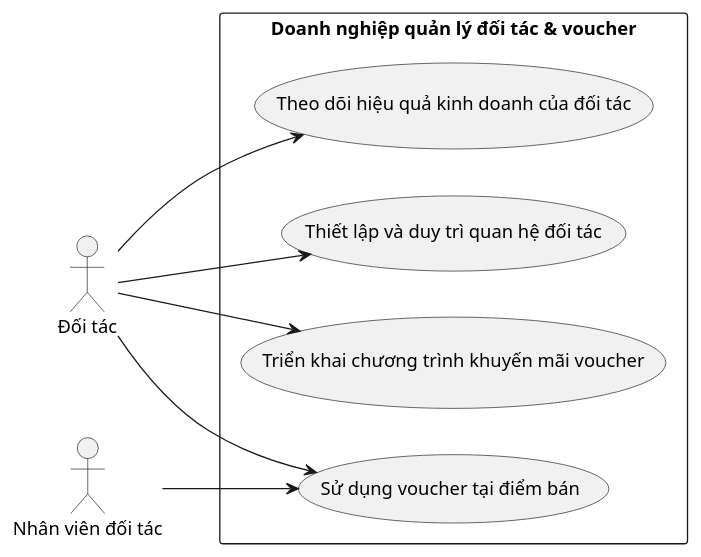
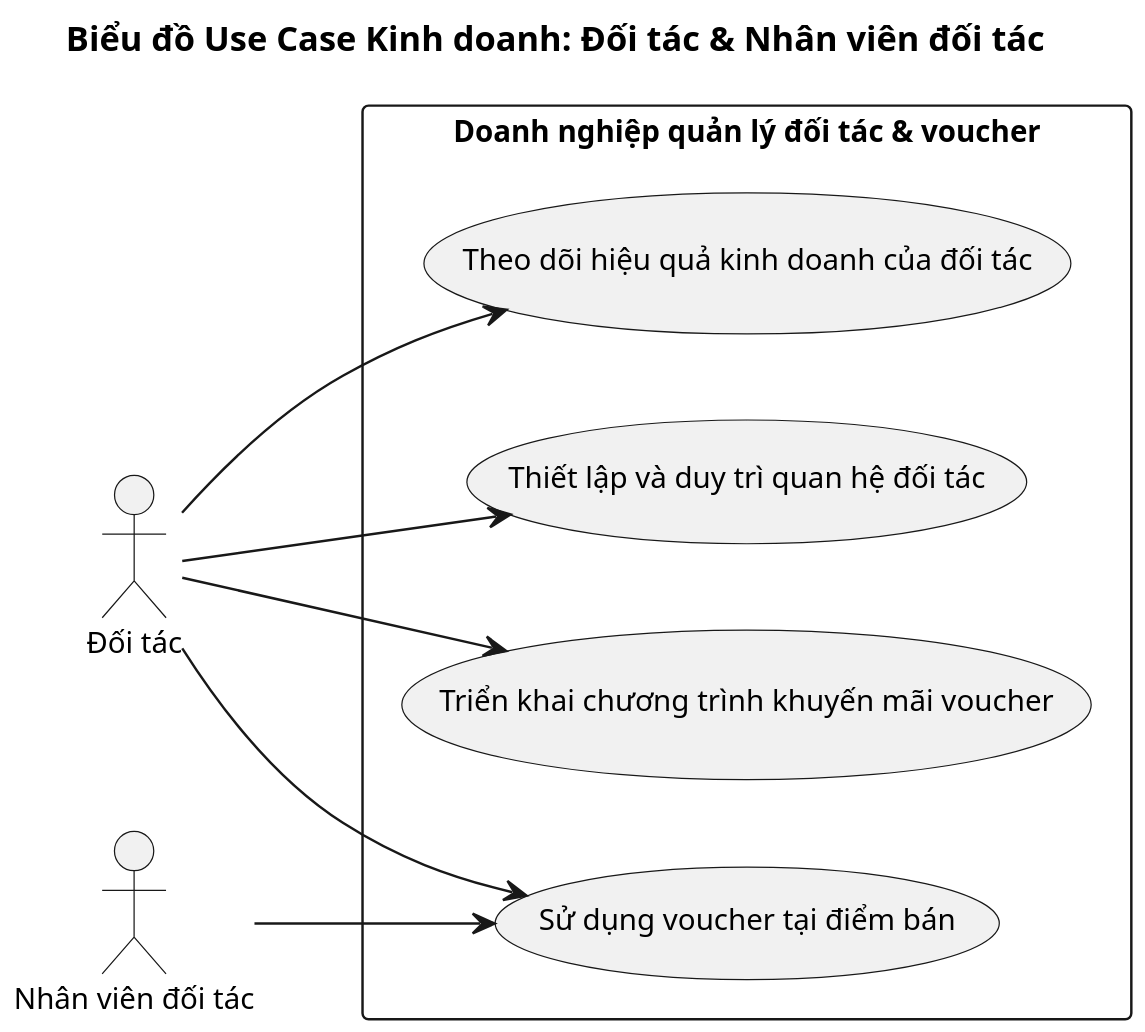
Before and after one commit to Ngo-The-Dat/e-voucher-system: the diagram in doc/business/doi_tac.wsd, drawn with PlantUML. The commit also changed 82 other files, not shown here.

```diff
--- a/doc/business/doi_tac.wsd
+++ b/doc/business/doi_tac.wsd
@@ -1,23 +1,27 @@
 @startuml
+title Biểu đồ Use Case Kinh doanh: Đối tác & Nhân viên đối tác
+
 left to right direction
+skinparam dpi 180
+skinparam defaultFontSize 12
 
 actor "Đối tác" as DT
 actor "Nhân viên đối tác" as NVDT
 
 rectangle "Doanh nghiệp quản lý đối tác & voucher" {
   usecase "Thiết lập và duy trì quan hệ đối tác" as BUC01
   usecase "Triển khai chương trình khuyến mãi voucher" as BUC02
   usecase "Sử dụng voucher tại điểm bán" as BUC03
   usecase "Theo dõi hiệu quả kinh doanh của đối tác" as BUC04
 }
 
 ' Đối tác tham gia vào toàn bộ chu trình kinh doanh
 DT --> BUC01
 DT --> BUC02
 DT --> BUC03
 DT --> BUC04
 
 ' Nhân viên đối tác trực tiếp thực hiện đổi voucher tại điểm bán
 NVDT --> BUC03
 
 @enduml
```
